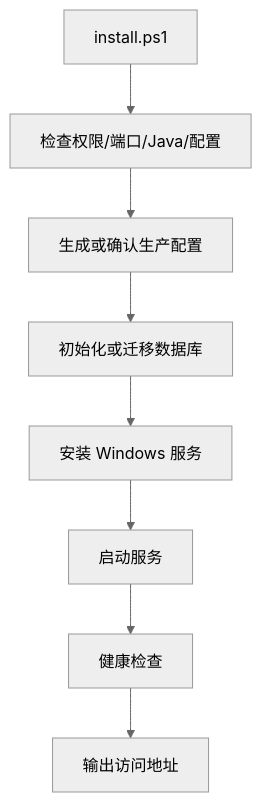
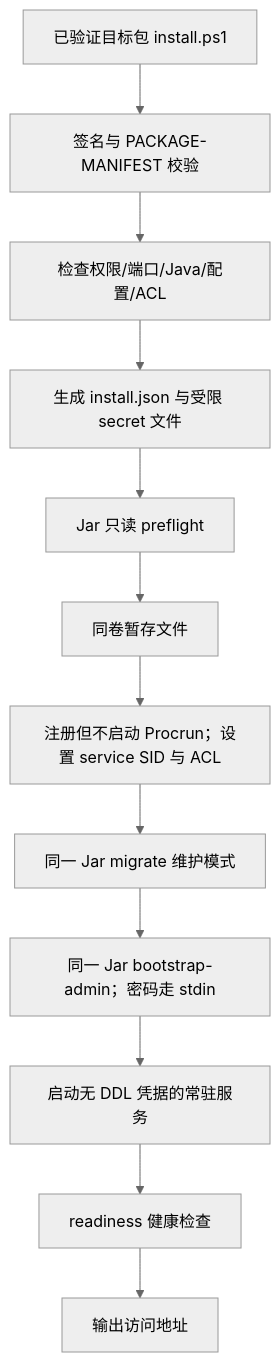
The second of 2 diagrams in docs/release-package-design.md (mlm883585/vibe-boot), drawn with Mermaid (neutral theme) before and after one commit. The commit also changed other lines of this file and 52 other files, not shown here.

Commit message:
docs: finalize implementation-ready architecture baseline

````diff
--- a/docs/release-package-design.md
+++ b/docs/release-package-design.md
@@ -148,10 +232,14 @@
 ```mermaid
 flowchart TD
-    Install["install.ps1"] --> Check["检查权限/端口/Java/配置"]
-    Check --> Config["生成或确认生产配置"]
-    Config --> DB["初始化或迁移数据库"]
-    DB --> Service["安装 Windows 服务"]
-    Service --> Start["启动服务"]
-    Start --> Verify["健康检查"]
+    Install["已验证目标包 install.ps1"] --> Trust["签名与 PACKAGE-MANIFEST 校验"]
+    Trust --> Check["检查权限/端口/Java/配置/ACL"]
+    Check --> Config["生成 install.json 与受限 secret 文件"]
+    Config --> Preflight["Jar 只读 preflight"]
+    Preflight --> Stage["同卷暂存文件"]
+    Stage --> Service["注册但不启动 Procrun；设置 service SID 与 ACL"]
+    Service --> DB["同一 Jar migrate 维护模式"]
+    DB --> Admin["同一 Jar bootstrap-admin；密码走 stdin"]
+    Admin --> Start["启动无 DDL 凭据的常驻服务"]
+    Start --> Verify["readiness 健康检查"]
     Verify --> Done["输出访问地址"]
 ```
````
